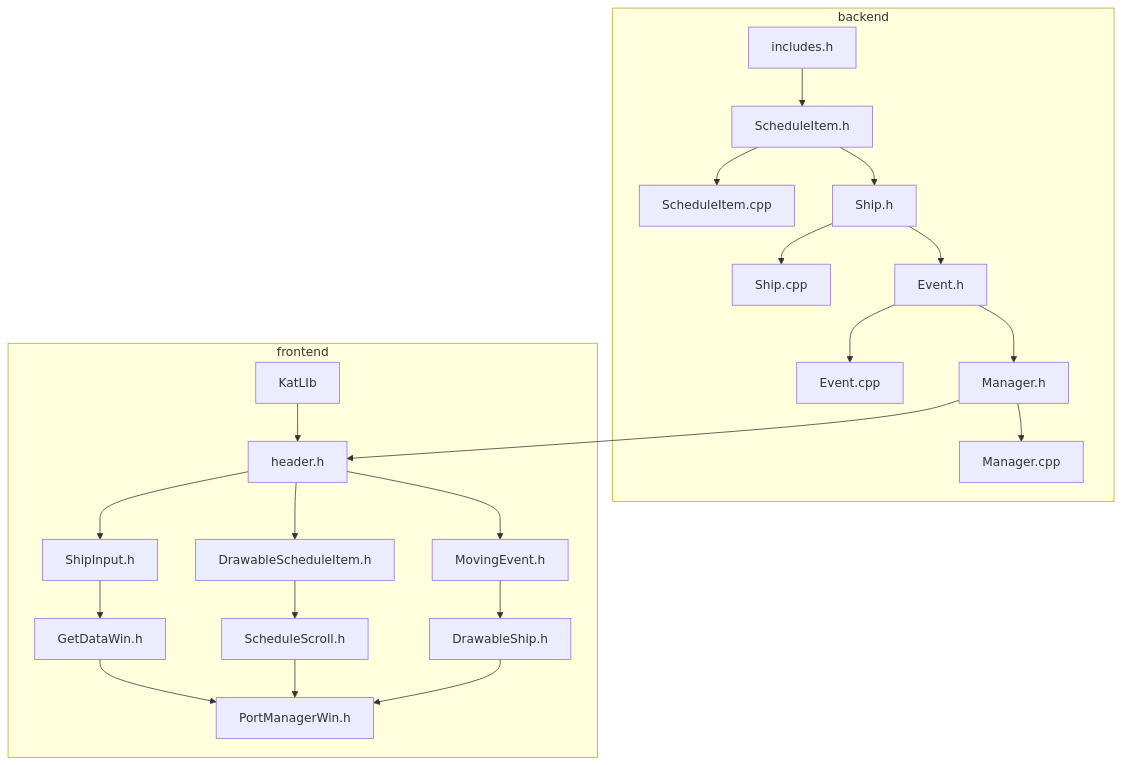
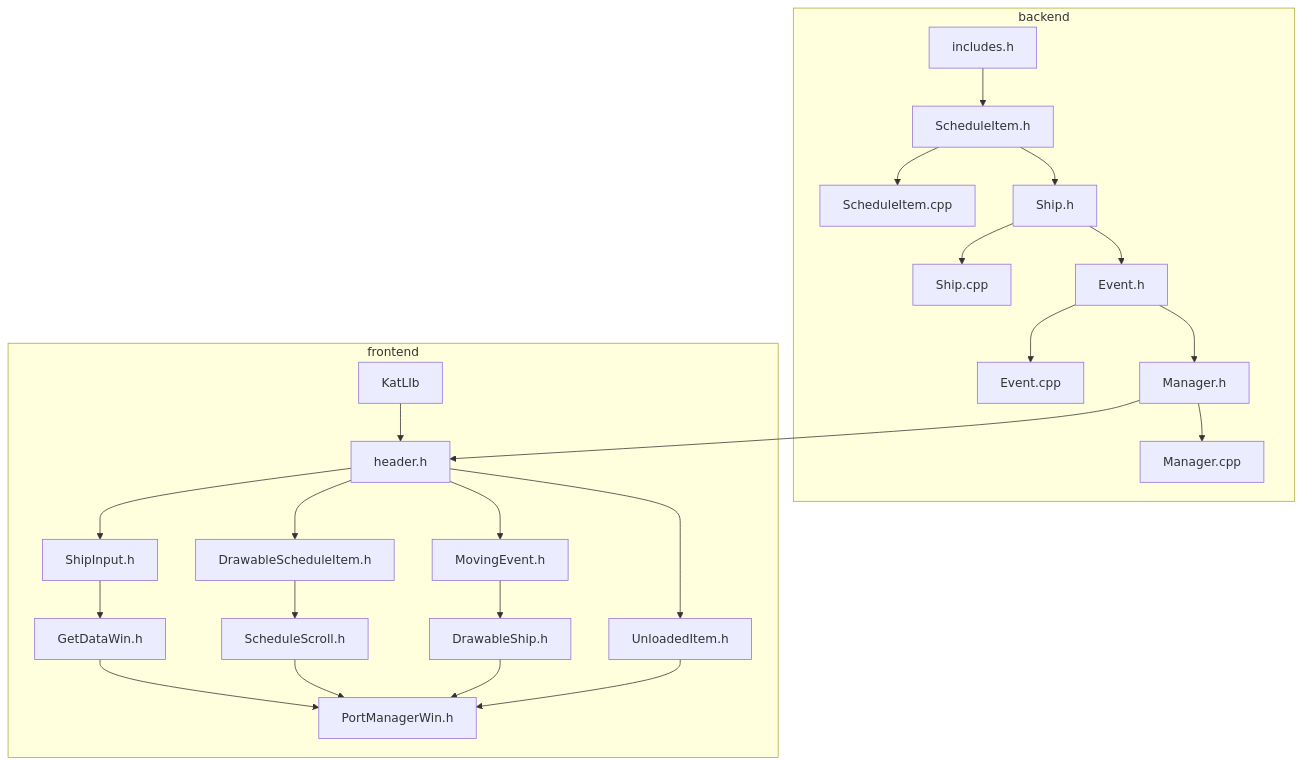
One commit to Katarni/Seaport changed the fourth of 4 diagrams in report.md. Above: the diagram before and after it, drawn with Mermaid. The commit also changed other lines of this file and 1 other file, not shown here.

````diff
--- a/report.md
+++ b/report.md
@@ -175,26 +184,28 @@
 ```mermaid
 graph TD;
 	subgraph backend
 		includes.h-->ScheduleItem.h
 		ScheduleItem.h-->ScheduleItem.cpp
 		ScheduleItem.h-->Ship.h
 		Ship.h-->Ship.cpp
 		Ship.h-->Event.h
 		Event.h-->Event.cpp
 		Manager.h-->Manager.cpp
 		Event.h-->Manager.h
 	end
 	subgraph frontend
 		KatLIb-->header.h
 		header.h-->MovingEvent.h
+		header.h-->UnloadedItem.h
 		MovingEvent.h-->DrawableShip.h
 		header.h-->DrawableScheduleItem.h
 		DrawableScheduleItem.h-->ScheduleScroll.h
 		header.h-->ShipInput.h
 		ShipInput.h-->GetDataWin.h
 		GetDataWin.h-->PortManagerWin.h
 		ScheduleScroll.h-->PortManagerWin.h
 		DrawableShip.h-->PortManagerWin.h
+		UnloadedItem.h-->PortManagerWin.h
 	end
 	Manager.h-->header.h
 ```
````
